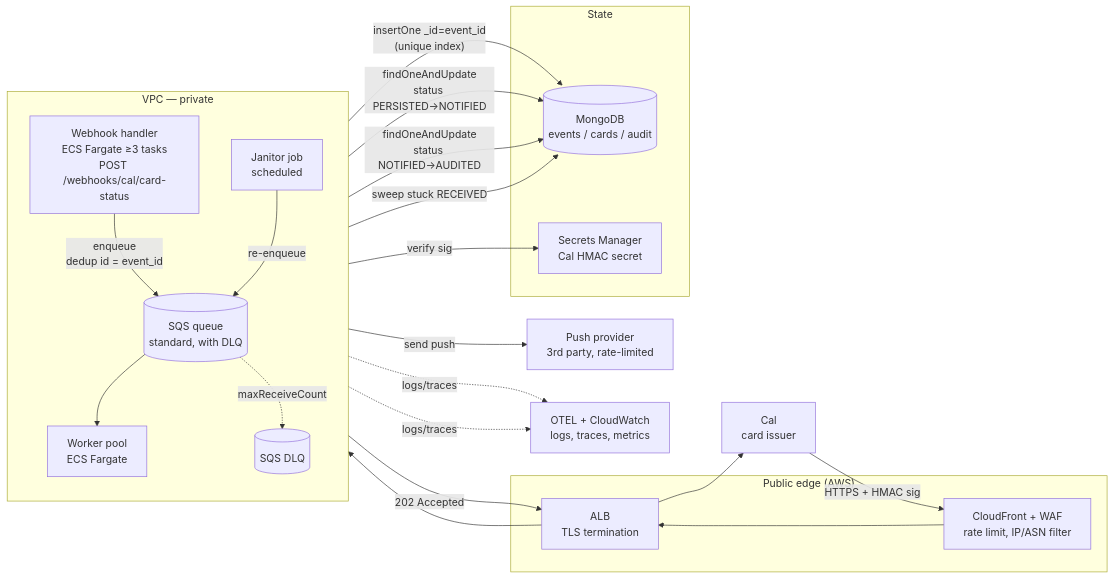
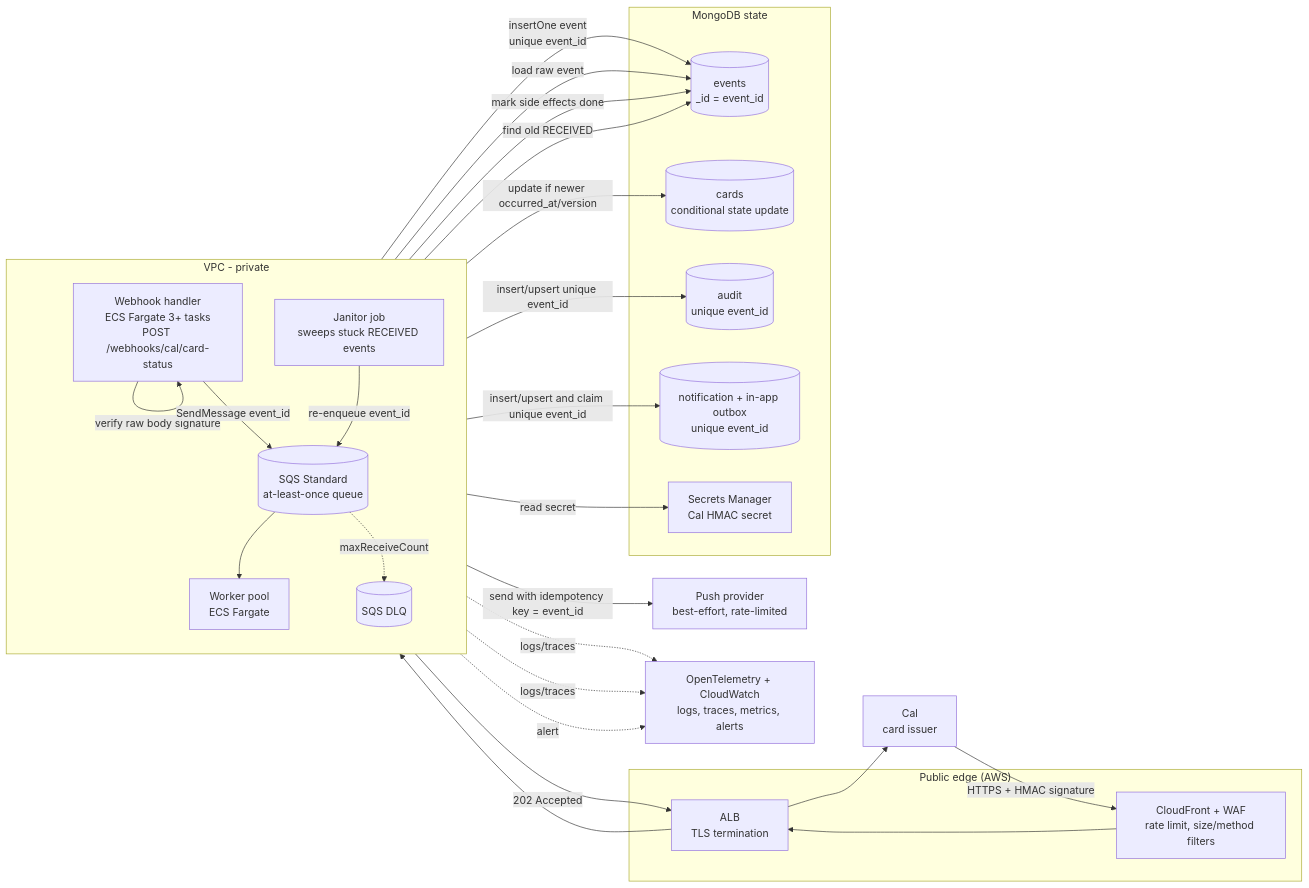
The first of 3 diagrams in architecture.md (YoniRipp/TravelIO-arch), drawn with Mermaid before and after one commit. The commit also changed other lines of this file and 1 other file, not shown here.

````diff
--- a/architecture.md
+++ b/architecture.md
@@ -5,44 +5,52 @@
 ```mermaid
 flowchart LR
     Cal[Cal<br/>card issuer]
 
     subgraph Edge["Public edge (AWS)"]
-        WAF[CloudFront + WAF<br/>rate limit, IP/ASN filter]
+        WAF[CloudFront + WAF<br/>rate limit, size/method filters]
         ALB[ALB<br/>TLS termination]
     end
 
-    subgraph App["VPC — private"]
+    subgraph App["VPC - private"]
         direction TB
-        H[Webhook handler<br/>ECS Fargate ≥3 tasks<br/>POST /webhooks/cal/card-status]
-        Q[(SQS queue<br/>standard, with DLQ)]
+        H[Webhook handler<br/>ECS Fargate 3+ tasks<br/>POST /webhooks/cal/card-status]
+        Q[(SQS Standard<br/>at-least-once queue)]
         W[Worker pool<br/>ECS Fargate]
         DLQ[(SQS DLQ)]
-        JAN[Janitor job<br/>scheduled]
+        JAN[Janitor job<br/>sweeps stuck RECEIVED events]
     end
 
-    subgraph Data["State"]
-        M[(MongoDB<br/>events / cards / audit)]
+    subgraph Data["MongoDB state"]
+        E[(events<br/>_id = event_id)]
+        C[(cards<br/>conditional state update)]
+        A[(audit<br/>unique event_id)]
+        O[(notification + in-app outbox<br/>unique event_id)]
         SM[Secrets Manager<br/>Cal HMAC secret]
     end
 
-    PUSH[Push provider<br/>3rd party, rate-limited]
-    OBS[OTEL + CloudWatch<br/>logs, traces, metrics]
+    PUSH[Push provider<br/>best-effort, rate-limited]
+    OBS[OpenTelemetry + CloudWatch<br/>logs, traces, metrics, alerts]
 
-    Cal -->|HTTPS + HMAC sig| WAF --> ALB --> H
-    H -->|verify sig| SM
-    H -->|"insertOne _id=event_id<br/>(unique index)"| M
-    H -->|enqueue<br/>dedup id = event_id| Q
+    Cal -->|HTTPS + HMAC signature| WAF --> ALB --> H
+    H -->|read secret| SM
+    H -->|verify raw body signature| H
+    H -->|insertOne event<br/>unique event_id| E
+    H -->|SendMessage event_id| Q
     H -->|202 Accepted| ALB --> Cal
 
     Q --> W
-    W -->|"findOneAndUpdate<br/>status PERSISTED→NOTIFIED"| M
-    W -->|send push| PUSH
-    W -->|"findOneAndUpdate<br/>status NOTIFIED→AUDITED"| M
+    W -->|load raw event| E
+    W -->|update if newer occurred_at/version| C
+    W -->|insert/upsert unique event_id| A
+    W -->|insert/upsert and claim unique event_id| O
+    W -->|send with idempotency key = event_id| PUSH
+    W -->|mark side effects done| E
     Q -. maxReceiveCount .-> DLQ
 
-    JAN -->|sweep stuck RECEIVED| M
-    JAN -->|re-enqueue| Q
+    JAN -->|find old RECEIVED| E
+    JAN -->|re-enqueue event_id| Q
 
     H -. logs/traces .-> OBS
     W -. logs/traces .-> OBS
+    DLQ -. alert .-> OBS
 ```
````
